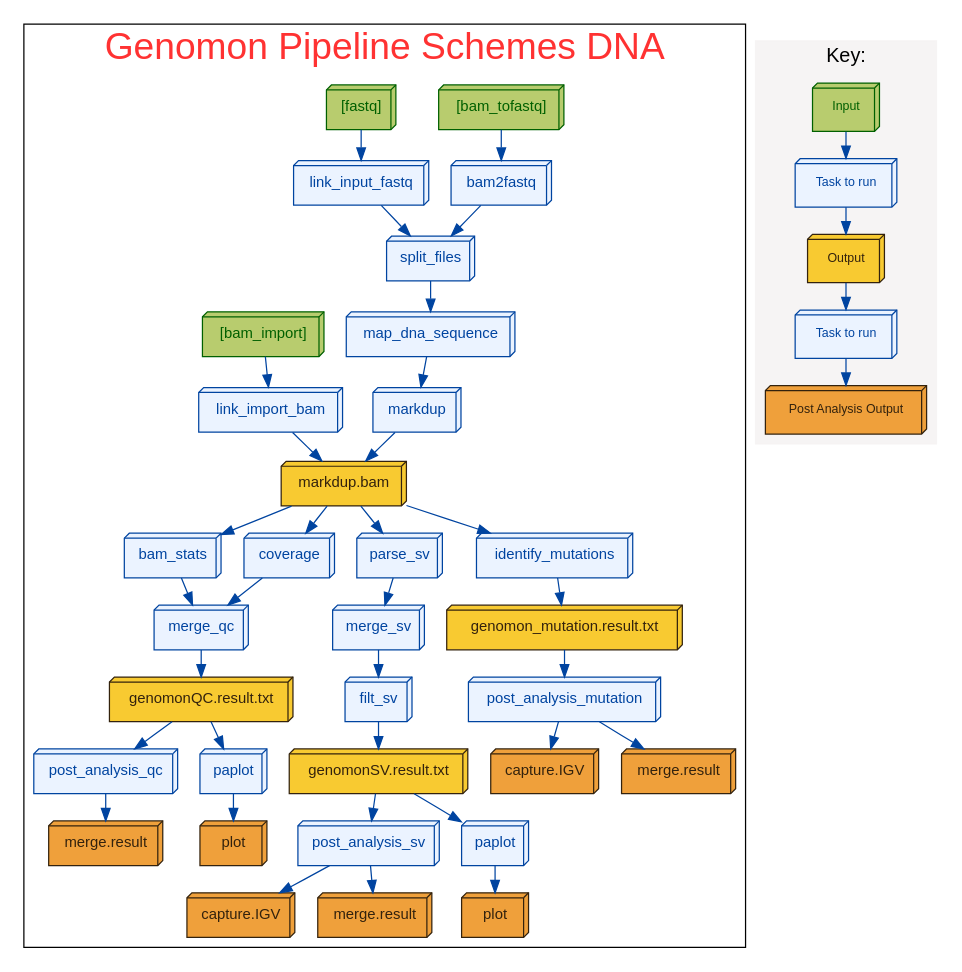
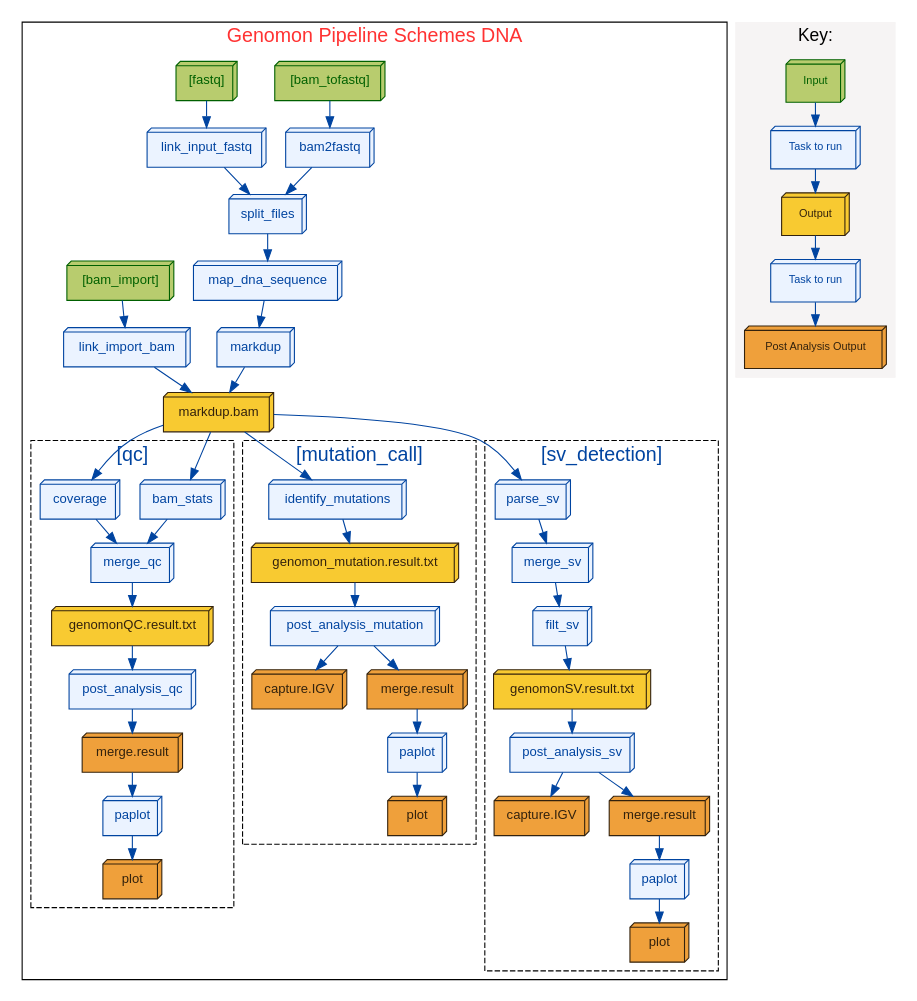
Before and after one commit to Genomon-Project/genomon-docs: the diagram in dot/genomon_dna.dot, drawn with Graphviz. The commit also changed 15 other files, not shown here.

```diff
--- a/dot/genomon_dna.dot
+++ b/dot/genomon_dna.dot
@@ -1,126 +1,187 @@
 digraph "Genomon Pipeline Schemes DNA"
 {
 	size = "11";
 	splines = true;
 	fontsize = "30";
 	ranksep = 0.3;
 	node[fontname = "helvetica", fontsize="12"];
 	graph[clusterrank = "local"];
 	
 	subgraph clustertasks
 	{
 		rank="min";
-		fontname = "helvetica"
+		fontname = "helvetica";
 		fontcolor = "#FF3232";
+		fontsize = "18";
 		label = "Genomon Pipeline Schemes DNA";
 
 		#### nodes
 		# input
 		t_input_bam2fastq   [color="#006000", fillcolor="#B8CC6E", fontcolor="#006000", shape=box3d, style=filled, label="[bam_tofastq]"];
 		t_input_fastq       [color="#006000", fillcolor="#B8CC6E", fontcolor="#006000", shape=box3d, style=filled, label="[fastq]"];
 		t_input_bamimport   [color="#006000", fillcolor="#B8CC6E", fontcolor="#006000", shape=box3d, style=filled, label="[bam_import]"];
 
 		# stage
 		t_bam2fastq         [color="#0044A0", fillcolor="#EBF3FF", fontcolor="#0044A0", shape=box3d, style=filled, label="bam2fastq"];
 		t_link_import_bam   [color="#0044A0", fillcolor="#EBF3FF", fontcolor="#0044A0", shape=box3d, style=filled, label="link_import_bam"];
 		t_link_input_fastq  [color="#0044A0", fillcolor="#EBF3FF", fontcolor="#0044A0", shape=box3d, style=filled, label="link_input_fastq"];
 		t_split_files       [color="#0044A0", fillcolor="#EBF3FF", fontcolor="#0044A0", shape=box3d, style=filled, label="split_files"];
 		t_map_dna_sequence  [color="#0044A0", fillcolor="#EBF3FF", fontcolor="#0044A0", shape=box3d, style=filled, label="map_dna_sequence"];
 		t_markdup           [color="#0044A0", fillcolor="#EBF3FF", fontcolor="#0044A0", shape=box3d, style=filled, label="markdup"];
-		t_bam_stats         [color="#0044A0", fillcolor="#EBF3FF", fontcolor="#0044A0", shape=box3d, style=filled, label="bam_stats"];
-		t_coverage          [color="#0044A0", fillcolor="#EBF3FF", fontcolor="#0044A0", shape=box3d, style=filled, label="coverage"];
-		t_parse_sv          [color="#0044A0", fillcolor="#EBF3FF", fontcolor="#0044A0", shape=box3d, style=filled, label="parse_sv"];
-		t_merge_sv          [color="#0044A0", fillcolor="#EBF3FF", fontcolor="#0044A0", shape=box3d, style=filled, label="merge_sv"];
-		t_filt_sv           [color="#0044A0", fillcolor="#EBF3FF", fontcolor="#0044A0", shape=box3d, style=filled, label="filt_sv"];
-		t_mutations         [color="#0044A0", fillcolor="#EBF3FF", fontcolor="#0044A0", shape=box3d, style=filled, label="identify_mutations"];
-		t_merge_qc          [color="#0044A0", fillcolor="#EBF3FF", fontcolor="#0044A0", shape=box3d, style=filled, label="merge_qc"];
-		t_pa_qc             [color="#0044A0", fillcolor="#EBF3FF", fontcolor="#0044A0", shape=box3d, style=filled, label="post_analysis_qc"];
-		t_pa_sv             [color="#0044A0", fillcolor="#EBF3FF", fontcolor="#0044A0", shape=box3d, style=filled, label="post_analysis_sv"];
-		t_pa_mutation       [color="#0044A0", fillcolor="#EBF3FF", fontcolor="#0044A0", shape=box3d, style=filled, label="post_analysis_mutation"];
-		t_paplot_qc         [color="#0044A0", fillcolor="#EBF3FF", fontcolor="#0044A0", shape=box3d, style=filled, label="paplot"];
-		t_paplot_sv         [color="#0044A0", fillcolor="#EBF3FF", fontcolor="#0044A0", shape=box3d, style=filled, label="paplot"];
-#		t_paplot_mu         [color="#0044A0", fillcolor="#EBF3FF", fontcolor="#0044A0", shape=box3d, style=filled, label="paplot"];
 
 		# output
 		t_output_bam        [color="#33220D", fillcolor="#F8CA31", fontcolor="#33220D", shape=box3d, style=filled, label="markdup.bam"];
-		t_output_mutation   [color="#33220D", fillcolor="#F8CA31", fontcolor="#33220D", shape=box3d, style=filled, label="genomon_mutation.result.txt"];
-		t_output_qc         [color="#33220D", fillcolor="#F8CA31", fontcolor="#33220D", shape=box3d, style=filled, label="genomonQC.result.txt"];
-		t_output_sv         [color="#33220D", fillcolor="#F8CA31", fontcolor="#33220D", shape=box3d, style=filled, label="genomonSV.result.txt"];
-		t_output_pa_sv_i    [color="#33220D", fillcolor="#EFA03B", fontcolor="#33220D", shape=box3d, style=filled, label="capture.IGV"];
-		t_output_pa_mu_i    [color="#33220D", fillcolor="#EFA03B", fontcolor="#33220D", shape=box3d, style=filled, label="capture.IGV"];
-		t_output_pa_qc_m    [color="#33220D", fillcolor="#EFA03B", fontcolor="#33220D", shape=box3d, style=filled, label="merge.result"];
-		t_output_pa_sv_m    [color="#33220D", fillcolor="#EFA03B", fontcolor="#33220D", shape=box3d, style=filled, label="merge.result"];
-		t_output_pa_mu_m    [color="#33220D", fillcolor="#EFA03B", fontcolor="#33220D", shape=box3d, style=filled, label="merge.result"];
-		t_output_paplot_qc  [color="#33220D", fillcolor="#EFA03B", fontcolor="#33220D", shape=box3d, style=filled, label="plot"];
-		t_output_paplot_sv  [color="#33220D", fillcolor="#EFA03B", fontcolor="#33220D", shape=box3d, style=filled, label="plot"];
-#		t_output_paplot_mu  [color="#33220D", fillcolor="#EFA03B", fontcolor="#33220D", shape=box3d, style=filled, label="plot"];
+		
 
 		#### lines
 		# input
 		t_input_bam2fastq -> t_bam2fastq[color="#0044A0"];
 		t_input_fastq -> t_link_input_fastq[color="#0044A0"];
 		t_input_bamimport -> t_link_import_bam[color="#0044A0"];
 
 		# stage
-		t_link_import_bam -> t_output_bam[color="#0044A0"];
 		t_bam2fastq -> t_split_files[color="#0044A0"];
 		t_link_input_fastq -> t_split_files[color="#0044A0"];
 		t_split_files -> t_map_dna_sequence[color="#0044A0"];
 		t_map_dna_sequence -> t_markdup[color="#0044A0"];
+		t_link_import_bam -> t_output_bam[color="#0044A0"];
 		t_markdup -> t_output_bam[color="#0044A0"];
-		t_output_bam -> t_parse_sv[color="#0044A0"];
-		t_output_bam -> t_mutations[color="#0044A0"];
 		t_output_bam -> t_bam_stats[color="#0044A0"];
 		t_output_bam -> t_coverage[color="#0044A0"];
-		t_bam_stats -> t_merge_qc[color="#0044A0"];
-		t_coverage -> t_merge_qc[color="#0044A0"];
-		t_parse_sv -> t_merge_sv[color="#0044A0"];
-		t_merge_sv -> t_filt_sv[color="#0044A0"];
+		t_output_bam -> t_mutations[color="#0044A0"];
+		t_output_bam -> t_parse_sv[color="#0044A0"];
 
-		# output
-		t_mutations -> t_output_mutation[color="#0044A0"];
-		t_merge_qc -> t_output_qc[color="#0044A0"];
-		t_filt_sv -> t_output_sv[color="#0044A0"];
+		subgraph clustertasks_mutation
+		{
+			rank="min";
+			fontname = "helvetica";
+			fontcolor = "#0044A0";
+			fontsize = "18";
+			label = " [mutation_call]";
+			style = dashed;
 
-		#### post_analysis
-		t_output_qc -> t_pa_qc[color="#0044A0"];
-		t_output_sv -> t_pa_sv[color="#0044A0"];
-		t_output_mutation -> t_pa_mutation[color="#0044A0"];
+			#### nodes
+			t_mutations         [color="#0044A0", fillcolor="#EBF3FF", fontcolor="#0044A0", shape=box3d, style=filled, label="identify_mutations"];
+			t_pa_mutation       [color="#0044A0", fillcolor="#EBF3FF", fontcolor="#0044A0", shape=box3d, style=filled, label="post_analysis_mutation"];
+			t_paplot_mu         [color="#0044A0", fillcolor="#EBF3FF", fontcolor="#0044A0", shape=box3d, style=filled, label="paplot"];
 
-		t_pa_qc -> t_output_pa_qc_m[color="#0044A0"];
-		t_pa_sv -> t_output_pa_sv_m[color="#0044A0"];
-		t_pa_mutation -> t_output_pa_mu_m[color="#0044A0"];
-		t_pa_sv -> t_output_pa_sv_i[color="#0044A0"];
-		t_pa_mutation -> t_output_pa_mu_i[color="#0044A0"];
+			# output
+			t_output_mutation   [color="#33220D", fillcolor="#F8CA31", fontcolor="#33220D", shape=box3d, style=filled, label="genomon_mutation.result.txt"];
+			t_output_pa_mu_i    [color="#33220D", fillcolor="#EFA03B", fontcolor="#33220D", shape=box3d, style=filled, label="capture.IGV"];
+			t_output_pa_mu_m    [color="#33220D", fillcolor="#EFA03B", fontcolor="#33220D", shape=box3d, style=filled, label="merge.result"];
+			t_output_paplot_mu  [color="#33220D", fillcolor="#EFA03B", fontcolor="#33220D", shape=box3d, style=filled, label="plot"];
 
-		#### paplot
-		t_output_qc -> t_paplot_qc[color="#0044A0"];
-		t_output_sv -> t_paplot_sv[color="#0044A0"];
-#		t_output_mutation -> t_paplot_mu[color="#0044A0"];
+			#### lines
+			# output
+			t_mutations -> t_output_mutation[color="#0044A0"];
 
-		t_paplot_qc -> t_output_paplot_qc[color="#0044A0"];
-		t_paplot_sv -> t_output_paplot_sv[color="#0044A0"];
-#		t_paplot_mu -> t_output_paplot_mu[color="#0044A0"];
+			#### post_analysis
+			t_output_mutation -> t_pa_mutation[color="#0044A0"];
+			t_pa_mutation -> t_output_pa_mu_m[color="#0044A0"];
+			t_pa_mutation -> t_output_pa_mu_i[color="#0044A0"];
+
+			#### paplot
+			t_output_pa_mu_m -> t_paplot_mu[color="#0044A0"];
+			t_paplot_mu -> t_output_paplot_mu[color="#0044A0"];
+		}
+		subgraph clustertasks_sv
+		{
+			rank="min";
+			fontname = "helvetica";
+			fontcolor = "#0044A0";
+			fontsize = "18";
+			label = "[sv_detection]";
+			style = dashed;
+
+			#### nodes
+			t_parse_sv          [color="#0044A0", fillcolor="#EBF3FF", fontcolor="#0044A0", shape=box3d, style=filled, label="parse_sv"];
+			t_merge_sv          [color="#0044A0", fillcolor="#EBF3FF", fontcolor="#0044A0", shape=box3d, style=filled, label="merge_sv"];
+			t_filt_sv           [color="#0044A0", fillcolor="#EBF3FF", fontcolor="#0044A0", shape=box3d, style=filled, label="filt_sv"];
+			t_pa_sv             [color="#0044A0", fillcolor="#EBF3FF", fontcolor="#0044A0", shape=box3d, style=filled, label="post_analysis_sv"];
+			t_paplot_sv         [color="#0044A0", fillcolor="#EBF3FF", fontcolor="#0044A0", shape=box3d, style=filled, label="paplot"];
+
+			# output
+			t_output_sv         [color="#33220D", fillcolor="#F8CA31", fontcolor="#33220D", shape=box3d, style=filled, label="genomonSV.result.txt"];
+			t_output_pa_sv_i    [color="#33220D", fillcolor="#EFA03B", fontcolor="#33220D", shape=box3d, style=filled, label="capture.IGV"];
+			t_output_pa_sv_m    [color="#33220D", fillcolor="#EFA03B", fontcolor="#33220D", shape=box3d, style=filled, label="merge.result"];
+			t_output_paplot_sv  [color="#33220D", fillcolor="#EFA03B", fontcolor="#33220D", shape=box3d, style=filled, label="plot"];
+
+			#### lines
+			# stage
+			t_parse_sv -> t_merge_sv[color="#0044A0"];
+			t_merge_sv -> t_filt_sv[color="#0044A0"];
+
+			# output
+			t_filt_sv -> t_output_sv[color="#0044A0"];
+
+			#### post_analysis
+			t_output_sv -> t_pa_sv[color="#0044A0"];
+			t_pa_sv -> t_output_pa_sv_m[color="#0044A0"];
+			t_pa_sv -> t_output_pa_sv_i[color="#0044A0"];
+
+			#### paplot
+			t_output_pa_sv_m -> t_paplot_sv[color="#0044A0"];
+			t_paplot_sv -> t_output_paplot_sv[color="#0044A0"];
+		}
+			
+		subgraph clustertasks_qc
+		{
+			rank="min";
+			fontname = "helvetica";
+			fontcolor = "#0044A0";
+			fontsize = "18";
+			label = "[qc]";
+			style = dashed;
+
+			#### nodes
+			t_bam_stats         [color="#0044A0", fillcolor="#EBF3FF", fontcolor="#0044A0", shape=box3d, style=filled, label="bam_stats"];
+			t_coverage          [color="#0044A0", fillcolor="#EBF3FF", fontcolor="#0044A0", shape=box3d, style=filled, label="coverage"];
+			t_merge_qc          [color="#0044A0", fillcolor="#EBF3FF", fontcolor="#0044A0", shape=box3d, style=filled, label="merge_qc"];
+			t_pa_qc             [color="#0044A0", fillcolor="#EBF3FF", fontcolor="#0044A0", shape=box3d, style=filled, label="post_analysis_qc"];
+			t_paplot_qc         [color="#0044A0", fillcolor="#EBF3FF", fontcolor="#0044A0", shape=box3d, style=filled, label="paplot"];
+
+			# output
+			t_output_qc         [color="#33220D", fillcolor="#F8CA31", fontcolor="#33220D", shape=box3d, style=filled, label="genomonQC.result.txt"];
+			t_output_pa_qc_m    [color="#33220D", fillcolor="#EFA03B", fontcolor="#33220D", shape=box3d, style=filled, label="merge.result"];
+			t_output_paplot_qc  [color="#33220D", fillcolor="#EFA03B", fontcolor="#33220D", shape=box3d, style=filled, label="plot"];
+
+			#### lines
+			# stage
+			t_bam_stats -> t_merge_qc[color="#0044A0"];
+			t_coverage -> t_merge_qc[color="#0044A0"];
+
+			# output
+			t_merge_qc -> t_output_qc[color="#0044A0"];
+
+			#### post_analysis
+			t_output_qc -> t_pa_qc[color="#0044A0"];
+			t_pa_qc -> t_output_pa_qc_m[color="#0044A0"];
+
+			#### paplot
+			t_output_pa_qc_m -> t_paplot_qc[color="#0044A0"];
+			t_paplot_qc -> t_output_paplot_qc[color="#0044A0"];
+		}
 	}
+
 	subgraph clusterkey1
 	{
 		rank = "min";
 		style  = filled;
 		
 		fontname = "helvetica"
 		fontsize = 16;
 		color = "#F6F4F4";
 		label = "Key:"
 
 		node[margin="0.2,0.2", fontname = "helvetica", fontsize="10"];
 		k1_1[color="#006000", fillcolor="#B8CC6E", fontcolor="#006000", label="Input", shape=box3d, style=filled];
 		k2_1[color="#0044A0", fillcolor="#EBF3FF", fontcolor="#0044A0", label="Task to run", shape=box3d, style=filled];
 		k3_1[color="#33220D", fillcolor="#F8CA31", fontcolor="#33220D", label="Output", shape=box3d, style=filled];
 		k4_1[color="#0044A0", fillcolor="#EBF3FF", fontcolor="#0044A0", label="Task to run", shape=box3d, style=filled];
 		k5_1[color="#33220D", fillcolor="#EFA03B", fontcolor="#33220D", label="Post Analysis Output", shape=box3d, style=filled];
 		k1_1 -> k2_1[color="#0044A0", arrowtype=normal];
 		k2_1 -> k3_1[color="#0044A0", arrowtype=normal];
 		k3_1 -> k4_1[color="#0044A0", arrowtype=normal];
 		k4_1 -> k5_1[color="#0044A0", arrowtype=normal];
 	}
 }
```
